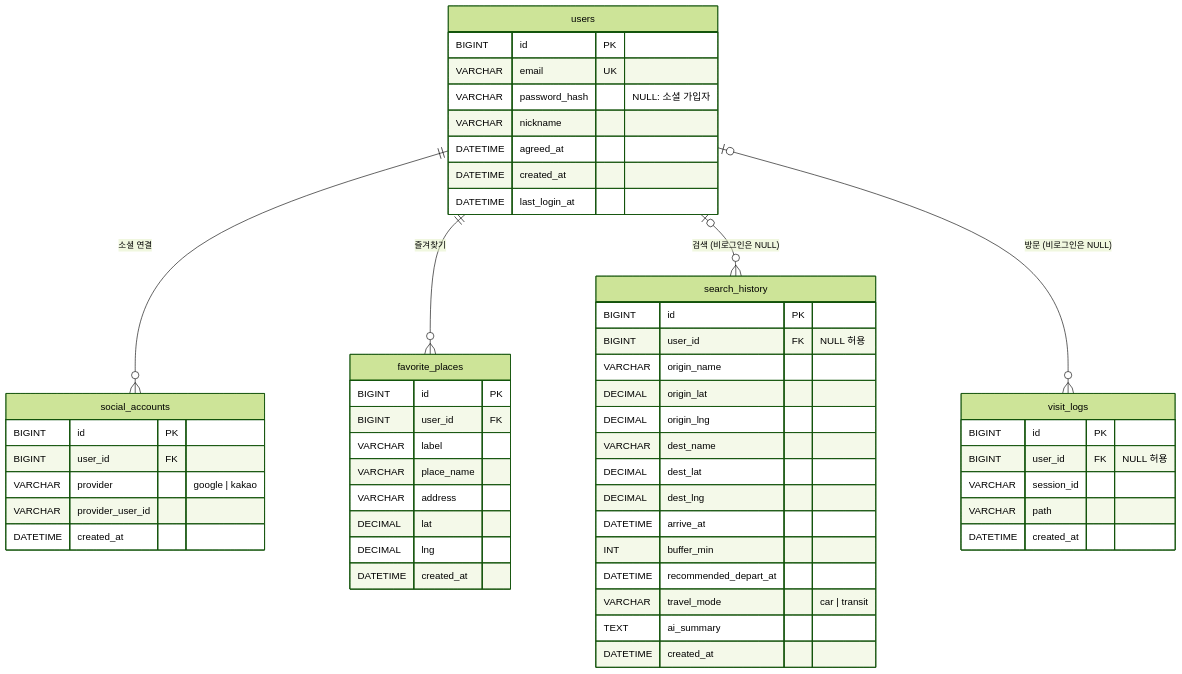
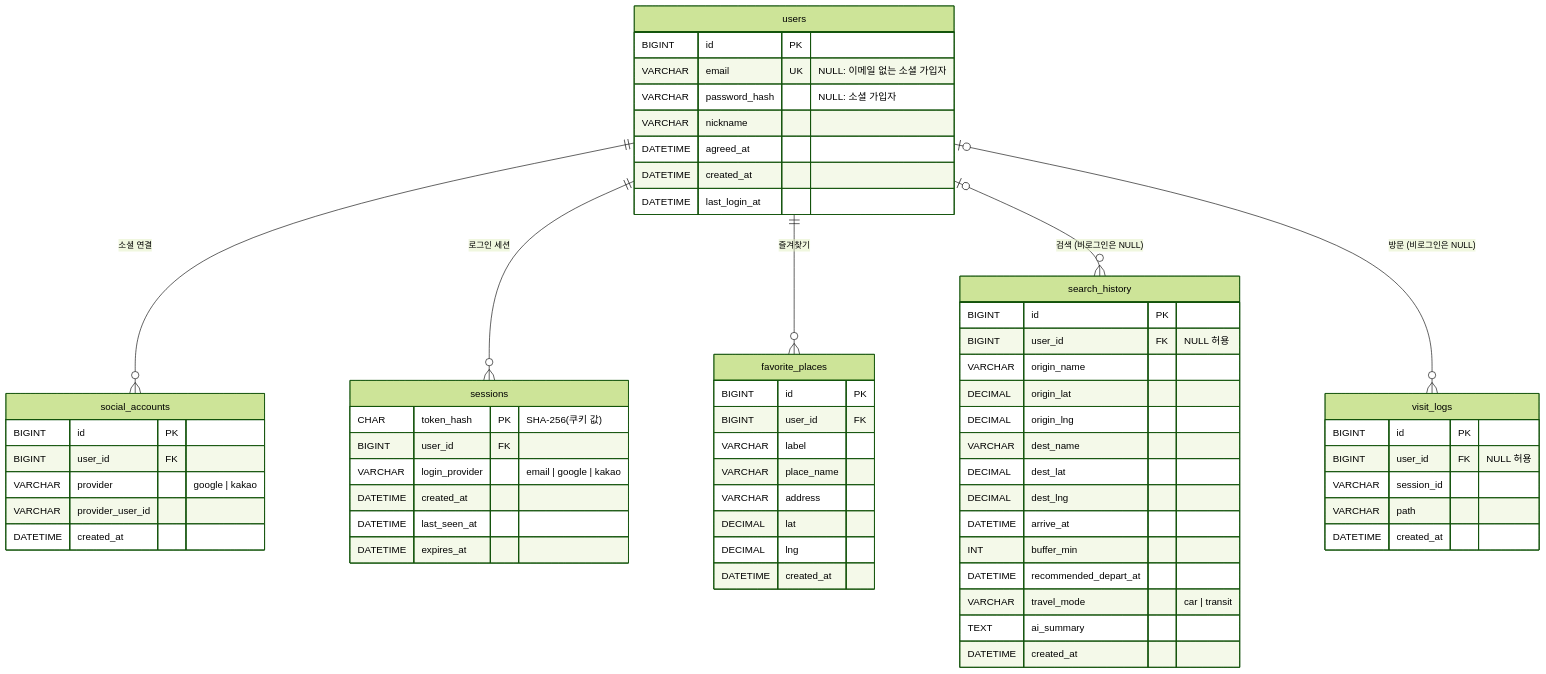
One commit to ingyeong38/gilit-web changed the diagram in db/README.md. Above: the diagram before and after it, drawn with Mermaid (forest theme). The commit also changed other lines of this file and 19 other files, not shown here.

````diff
--- a/db/README.md
+++ b/db/README.md
@@ -14,57 +20,66 @@
 ```mermaid
 erDiagram
   users ||--o{ social_accounts : "소셜 연결"
+  users ||--o{ sessions : "로그인 세션"
   users ||--o{ favorite_places : "즐겨찾기"
   users |o--o{ search_history : "검색 (비로그인은 NULL)"
   users |o--o{ visit_logs : "방문 (비로그인은 NULL)"
 
   users {
     BIGINT id PK
-    VARCHAR email UK
+    VARCHAR email UK "NULL: 이메일 없는 소셜 가입자"
     VARCHAR password_hash "NULL: 소셜 가입자"
     VARCHAR nickname
     DATETIME agreed_at
     DATETIME created_at
     DATETIME last_login_at
   }
   social_accounts {
     BIGINT id PK
     BIGINT user_id FK
     VARCHAR provider "google | kakao"
     VARCHAR provider_user_id
     DATETIME created_at
+  }
+  sessions {
+    CHAR token_hash PK "SHA-256(쿠키 값)"
+    BIGINT user_id FK
+    VARCHAR login_provider "email | google | kakao"
+    DATETIME created_at
+    DATETIME last_seen_at
+    DATETIME expires_at
   }
   favorite_places {
     BIGINT id PK
     BIGINT user_id FK
     VARCHAR label
     VARCHAR place_name
     VARCHAR address
     DECIMAL lat
     DECIMAL lng
     DATETIME created_at
   }
   search_history {
     BIGINT id PK
     BIGINT user_id FK "NULL 허용"
     VARCHAR origin_name
     DECIMAL origin_lat
     DECIMAL origin_lng
     VARCHAR dest_name
     DECIMAL dest_lat
     DECIMAL dest_lng
     DATETIME arrive_at
     INT buffer_min
     DATETIME recommended_depart_at
     VARCHAR travel_mode "car | transit"
     TEXT ai_summary
     DATETIME created_at
   }
   visit_logs {
     BIGINT id PK
     BIGINT user_id FK "NULL 허용"
     VARCHAR session_id
     VARCHAR path
     DATETIME created_at
   }
 ```
````
